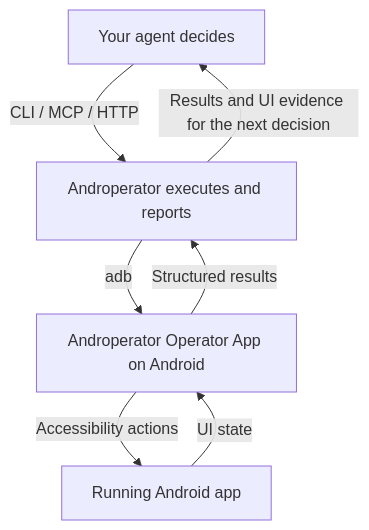
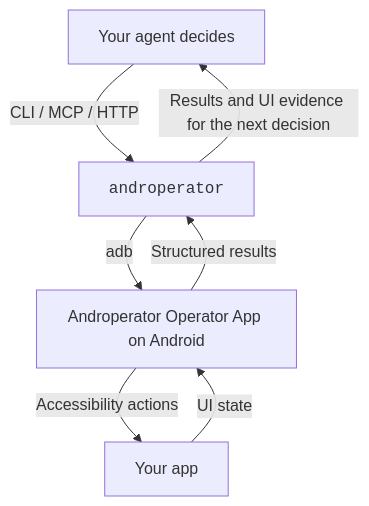
Before and after one commit to androperator/androperator: the third of 3 diagrams in README.md, drawn with Mermaid.

Commit message:
docs(site): simplify architecture diagram labels

````diff
--- a/README.md
+++ b/README.md
@@ -101,11 +101,13 @@
 ```mermaid
 flowchart TB
     accTitle: Decide, execute, report, repeat
     accDescr: The agent decides what to do and calls Androperator through the CLI, MCP server, or HTTP API. Androperator uses adb and the Androperator Operator App to execute commands and report results and UI evidence for the next decision.
-    A[Your agent decides] -->|CLI / MCP / HTTP| B[Androperator executes and reports]
+    A[Your agent decides] -->|CLI / MCP / HTTP| B[androperator]
     B -->|adb| C[Androperator Operator App on Android]
-    C -->|Accessibility actions| D[Running Android app]
+    C -->|Accessibility actions| D[Your app]
     D -->|UI state| C
     C -->|Structured results| B
     B -->|Results and UI evidence for the next decision| A
+    classDef cli font-family:monospace;
+    class B cli;
 ```
````
